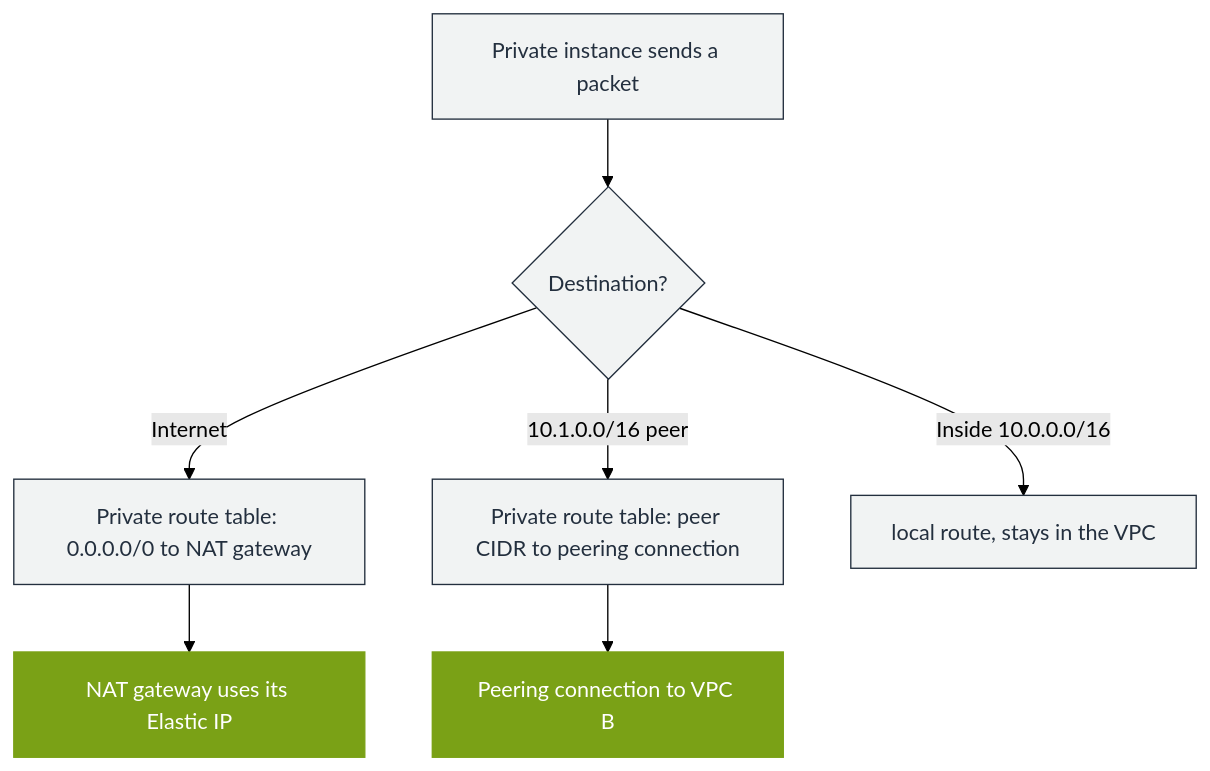
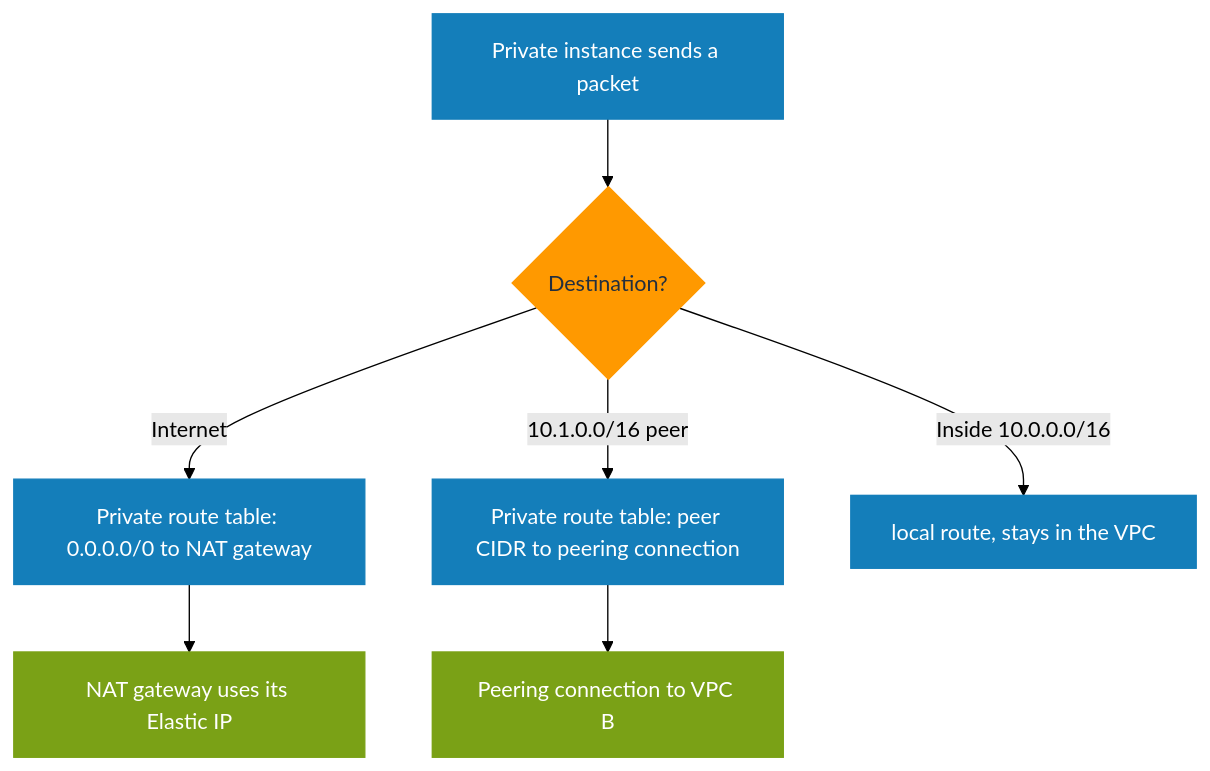
Before and after one commit to GabrielAlmeidaFlores/AWS-CloudOps-Engineer-Associate-Doc: the second of 2 diagrams in 01-concepts/01-networking/01-ip-addressing/09-hands-on-project.md, drawn with Mermaid (forest theme). The commit also changed 10 other files, not shown here.

Commit message:
docs: restyle flowchart diagrams with the AWS color palette

````diff
--- a/01-concepts/01-networking/01-ip-addressing/09-hands-on-project.md
+++ b/01-concepts/01-networking/01-ip-addressing/09-hands-on-project.md
@@ -122,13 +122,15 @@
 ```mermaid
 flowchart TD
     A["Private instance sends a packet"] --> B{"Destination?"}
     B -->|"Internet"| C["Private route table: 0.0.0.0/0 to NAT gateway"]
     B -->|"10.1.0.0/16 peer"| D["Private route table: peer CIDR to peering connection"]
     B -->|"Inside 10.0.0.0/16"| E["local route, stays in the VPC"]
     C --> F["NAT gateway uses its Elastic IP"]
     D --> G["Peering connection to VPC B"]
-    classDef step fill:#F1F3F3,stroke:#232F3E,color:#232F3E
+    classDef step fill:#147EBA,stroke:#147EBA,color:#ffffff
+    classDef decision fill:#FF9900,stroke:#FF9900,color:#232F3E
     classDef ok fill:#7AA116,stroke:#7AA116,color:#ffffff
-    class A,B,C,D,E step
+    class A,C,D,E step
+    class B decision
     class F,G ok
 ```
````
